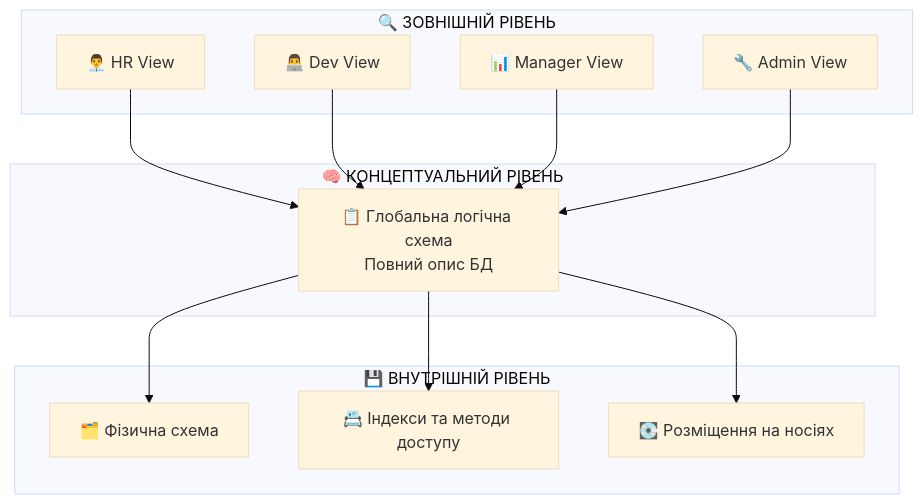
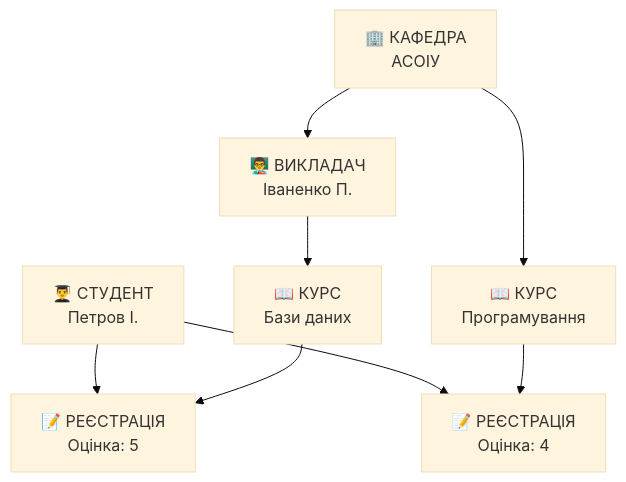
One commit to olroi421/course-bd changed the third of 14 diagrams in presentations/presentation-02.md. Above: the diagram before and after it, drawn with Mermaid (base theme). The commit also changed other lines of this file and 7 other files, not shown here.

````diff
--- a/presentations/presentation-02.md
+++ b/presentations/presentation-02.md
@@ -34,27 +86,10 @@
 ```mermaid
-graph TB
-    subgraph "🔍 ЗОВНІШНІЙ РІВЕНЬ"
-        A[👨‍💼 HR View]
-        B[👨‍💻 Dev View]
-        C[📊 Manager View]
-        D[🔧 Admin View]
-    end
-
-    subgraph "🧠 КОНЦЕПТУАЛЬНИЙ РІВЕНЬ"
-        E[📋 Глобальна логічна схема<br/>Повний опис БД]
-    end
-
-    subgraph "💾 ВНУТРІШНІЙ РІВЕНЬ"
-        F[🗂️ Фізична схема]
-        G[📇 Індекси та методи доступу]
-        H[💽 Розміщення на носіях]
-    end
-
-    A --> E
-    B --> E
-    C --> E
-    D --> E
-    E --> F
-    E --> G
-    E --> H
+graph TD
+    A[👨‍🎓 СТУДЕНТ<br/>Петров І.] --> B[📝 РЕЄСТРАЦІЯ<br/>Оцінка: 5]
+    C[📖 КУРС<br/>Бази даних] --> B
+    D[👨‍🏫 ВИКЛАДАЧ<br/>Іваненко П.] --> C
+    E[🏢 КАФЕДРА<br/>АСОІУ] --> D
+    E --> F[📖 КУРС<br/>Програмування]
+    A --> G[📝 РЕЄСТРАЦІЯ<br/>Оцінка: 4]
+    F --> G
 ```
````
